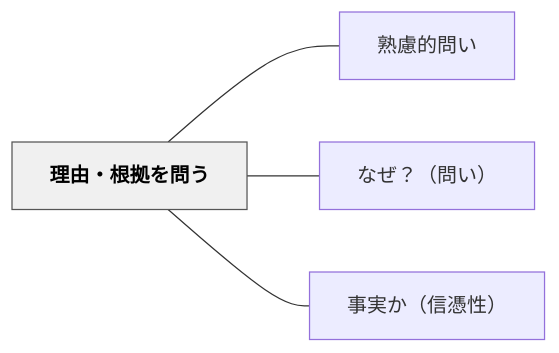
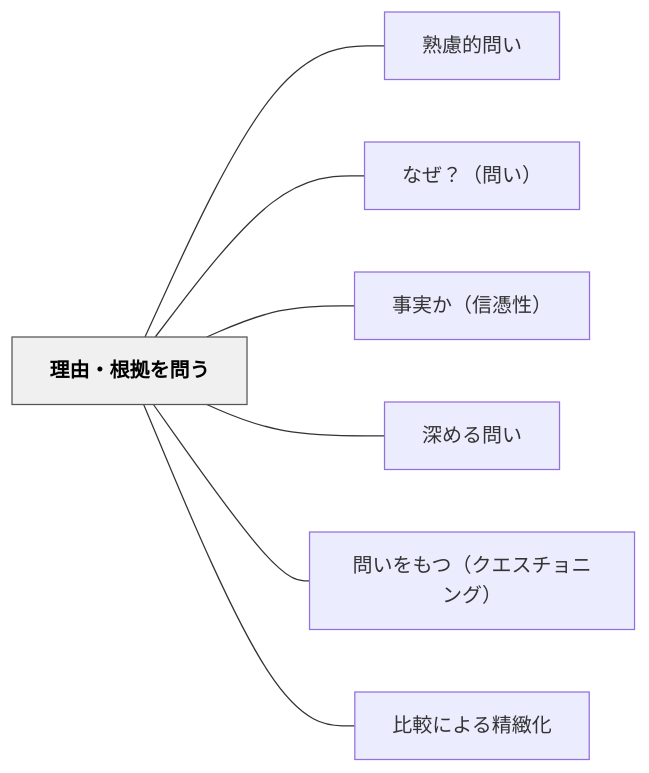
One commit to unknownthings-ed-patterns/unknownthings-ed-patterns changed the diagram in content/パタン/理由・根拠を問う.md. Above: the diagram before and after it, drawn with Mermaid. The commit also changed other lines of this file and 71 other files, not shown here.

````diff
--- a/content/パタン/理由・根拠を問う.md
+++ b/content/パタン/理由・根拠を問う.md
@@ -40,14 +43,20 @@
 ```mermaid
 flowchart LR
     ne79086e794b1e383bbe6a0b9e68ba0e38292e5958fe38186["理由・根拠を問う"]
     ne7869fe685aee79a84e5958fe38184["熟慮的問い"]
     ne381aae3819cefbc9fefbc88e5958fe38184efbc89["なぜ？（問い）"]
     ne4ba8be5ae9fe3818befbc88e4bfa1e68691e680a7efbc89["事実か（信憑性）"]
+    ne6b7b1e38281e3828be5958fe38184["深める問い"]
+    ne5958fe38184e38292e38282e381a4efbc88e382afe382a8e382b9e38381e383a7e3838be383b3e382b0efbc89["問いをもつ（クエスチョニング）"]
+    ne6af94e8bc83e381abe38288e3828be7b2bee7b7bbe58c96["比較による精緻化"]
 
     ne79086e794b1e383bbe6a0b9e68ba0e38292e5958fe38186 --- ne7869fe685aee79a84e5958fe38184
     ne79086e794b1e383bbe6a0b9e68ba0e38292e5958fe38186 --- ne381aae3819cefbc9fefbc88e5958fe38184efbc89
     ne79086e794b1e383bbe6a0b9e68ba0e38292e5958fe38186 --- ne4ba8be5ae9fe3818befbc88e4bfa1e68691e680a7efbc89
+    ne79086e794b1e383bbe6a0b9e68ba0e38292e5958fe38186 --- ne6b7b1e38281e3828be5958fe38184
+    ne79086e794b1e383bbe6a0b9e68ba0e38292e5958fe38186 --- ne5958fe38184e38292e38282e381a4efbc88e382afe382a8e382b9e38381e383a7e3838be383b3e382b0efbc89
+    ne79086e794b1e383bbe6a0b9e68ba0e38292e5958fe38186 --- ne6af94e8bc83e381abe38288e3828be7b2bee7b7bbe58c96
 
     classDef hub fill:#f0f0f0,stroke:#555,color:#000,font-weight:bold
     class ne79086e794b1e383bbe6a0b9e68ba0e38292e5958fe38186 hub
 ```
````
